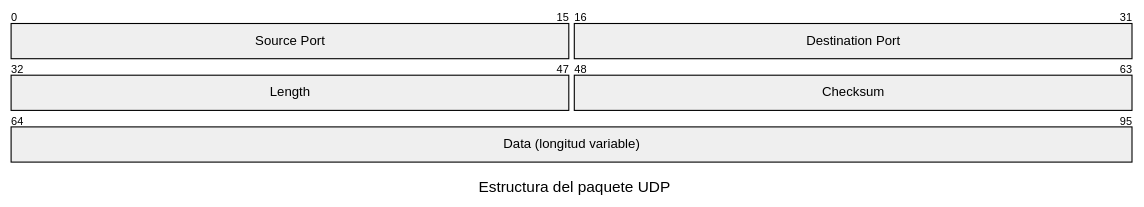
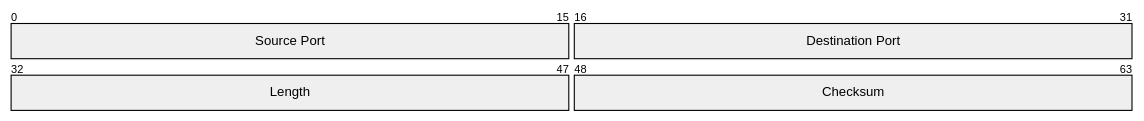
The fifth of 14 diagrams in ch1_p4_transport.qmd (rrunix/jer_slides), drawn with Mermaid before and after one commit. The commit also changed other lines of this file and 15 other files, not shown here.

````diff
--- a/ch1_p4_transport.qmd
+++ b/ch1_p4_transport.qmd
@@ -149,15 +225,11 @@
 ```{mermaid}
 %%| fig-height: 6
 %%| fig-align: center
 %%| out-width: "80%"
----
-title: Estructura del paquete UDP
----
 packet-beta
 
     0-15: "Source Port"
     16-31: "Destination Port"
     32-47: "Length"
     48-63: "Checksum"
-    64-95: "Data (longitud variable)"
 ```
````
